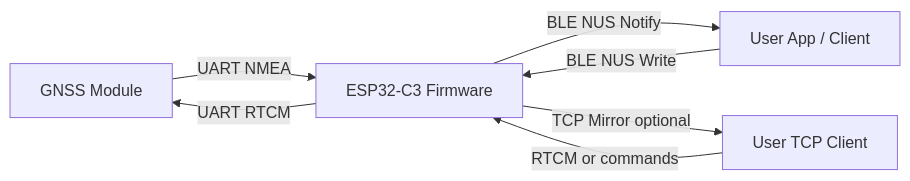
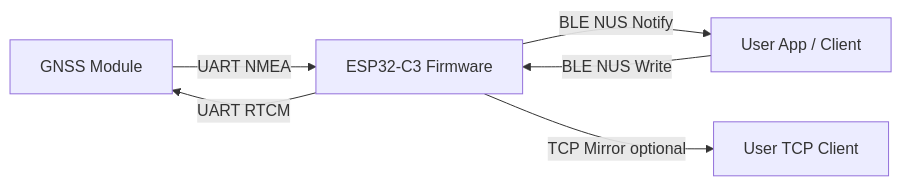
Before and after one commit to entr0-pi/gnss: the diagram in README.md, drawn with Mermaid.

````diff
--- a/README.md
+++ b/README.md
@@ -69,9 +69,8 @@
 ```mermaid
 flowchart LR
   GNSS[GNSS Module] -->|UART NMEA| ESP32C3["ESP32-C3 Firmware"]
   ESP32C3 -->|UART RTCM| GNSS
   ESP32C3 -->|BLE NUS Notify| USER[User App / Client]
   USER -->|BLE NUS Write| ESP32C3
   ESP32C3 -->|TCP Mirror optional| TCP[User TCP Client]
-  TCP -->|RTCM or commands| ESP32C3
 ```
````
